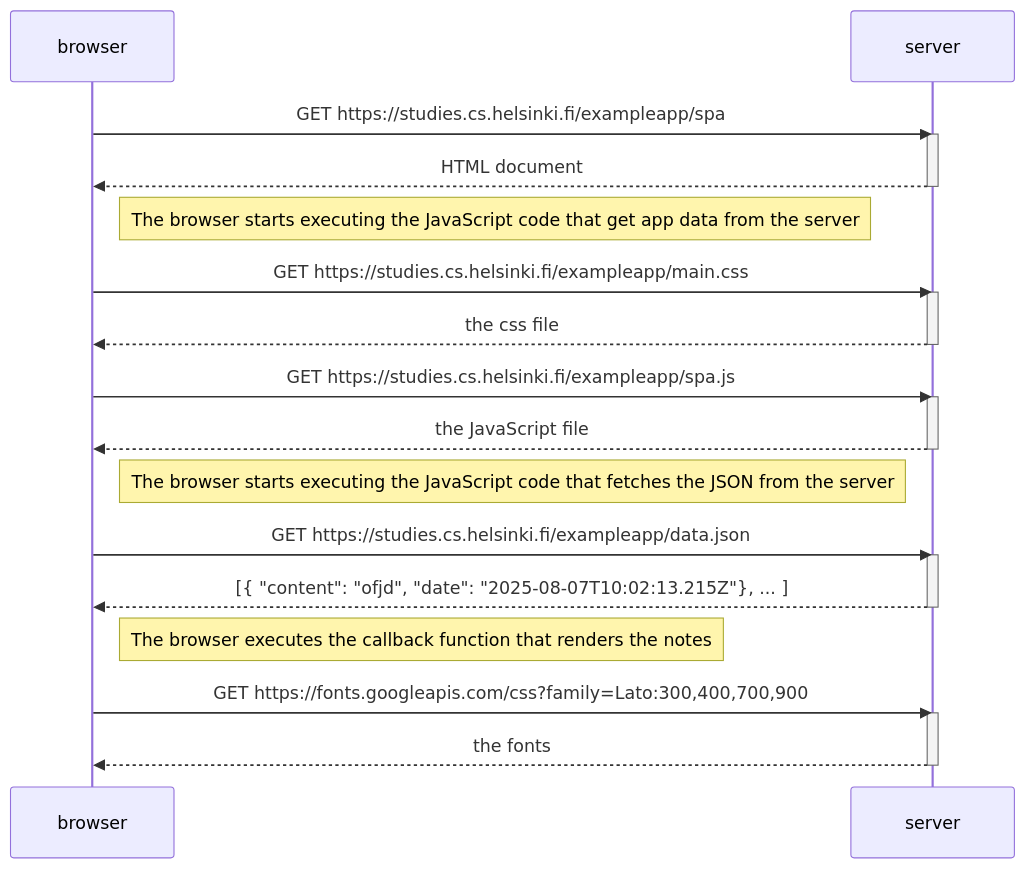
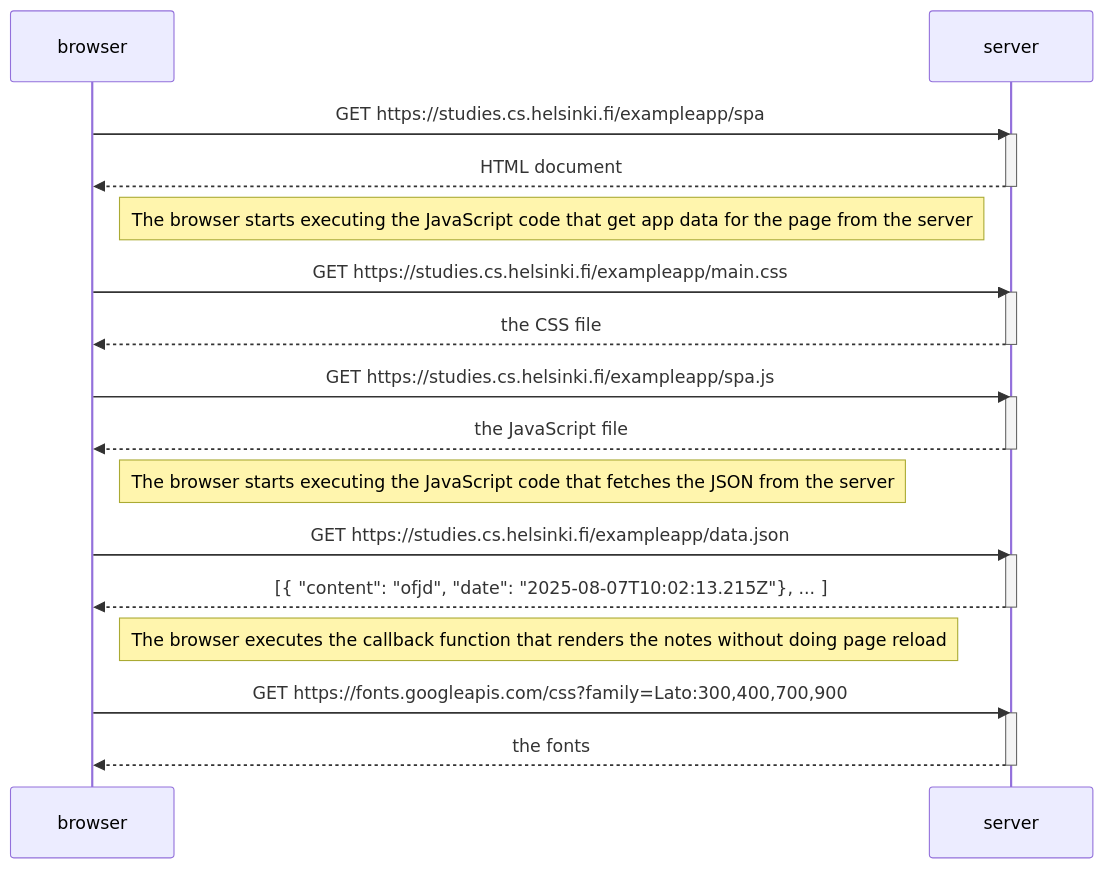
One commit to robin-raq/submission-repo changed the diagram in part0/exercise0.5.mermaid. Above: the diagram before and after it, drawn with Mermaid. The commit also changed 1 other file, not shown here.

```diff
--- a/part0/exercise0.5.mermaid
+++ b/part0/exercise0.5.mermaid
@@ -1,34 +1,34 @@
 sequenceDiagram
     participant browser
     participant server
 
     browser->>server: GET https://studies.cs.helsinki.fi/exampleapp/spa
     activate server
     server-->>browser: HTML document
     deactivate server
-    Note right of browser: The browser starts executing the JavaScript code that get app data from the server
+    Note right of browser: The browser starts executing the JavaScript code that get app data for the page from the server
 
 
     browser->>server: GET https://studies.cs.helsinki.fi/exampleapp/main.css
     activate server
-    server-->>browser: the css file
+    server-->>browser: the CSS file
     deactivate server
 
     browser->>server: GET https://studies.cs.helsinki.fi/exampleapp/spa.js
     activate server
     server-->>browser: the JavaScript file
     deactivate server
 
     Note right of browser: The browser starts executing the JavaScript code that fetches the JSON from the server
 
     browser->>server: GET https://studies.cs.helsinki.fi/exampleapp/data.json
     activate server
     server-->>browser: [{  "content": "ofjd", "date": "2025-08-07T10:02:13.215Z"}, ... ]
     deactivate server
 
-    Note right of browser: The browser executes the callback function that renders the notes
+    Note right of browser: The browser executes the callback function that renders the notes without doing page reload
 
     browser->>server: GET https://fonts.googleapis.com/css?family=Lato:300,400,700,900
     activate server
     server-->>browser: the fonts
     deactivate server
```
